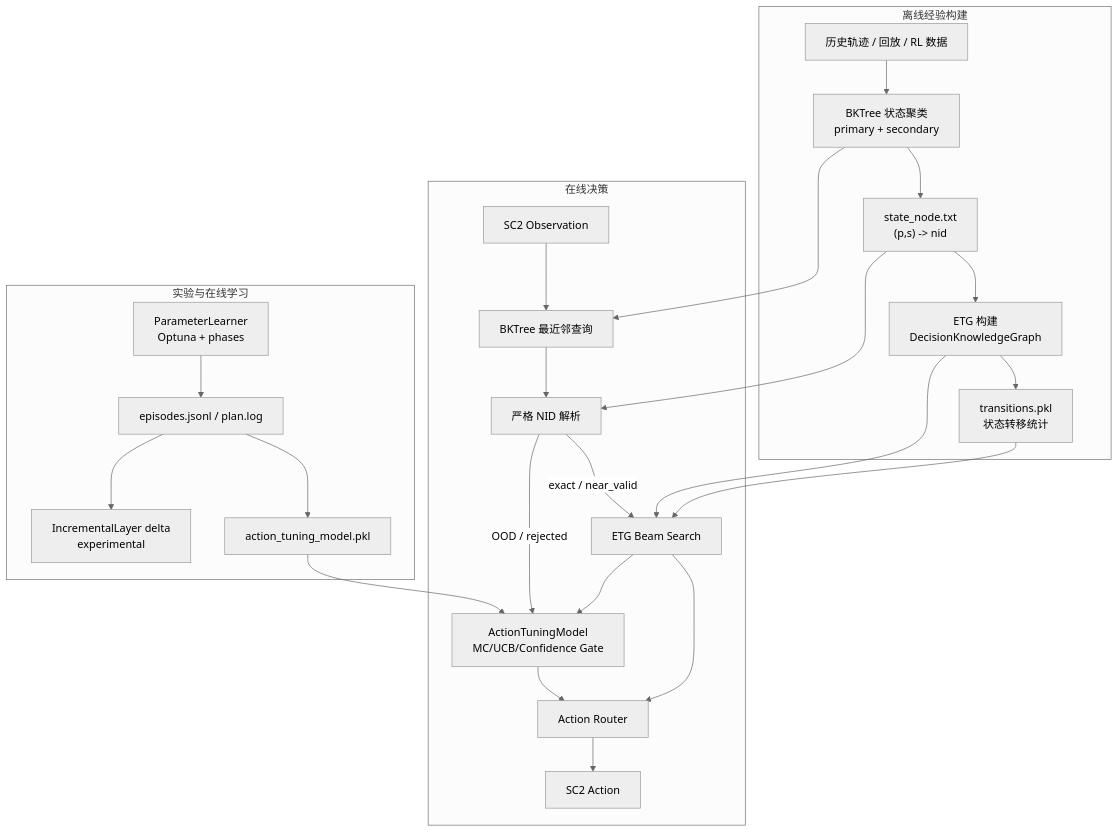
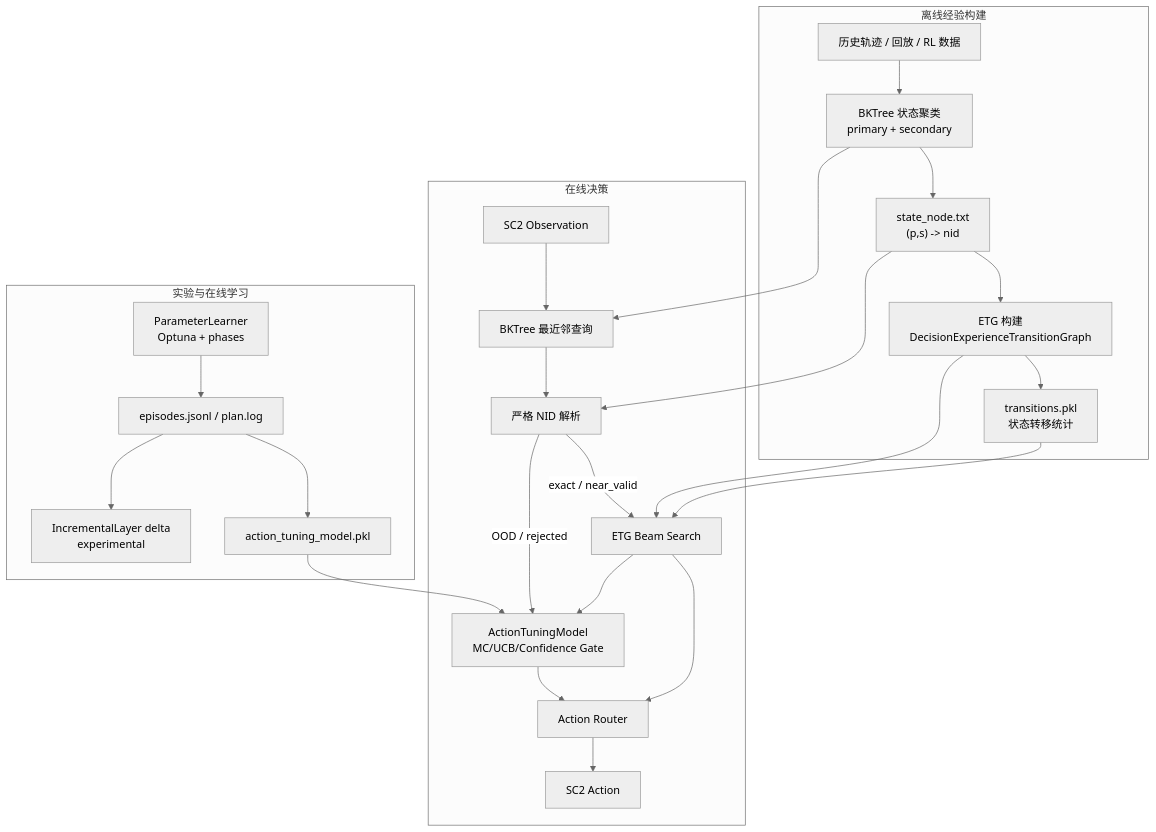
One commit to BaiChunhui-9803/SAGE changed the diagram in ARCHITECTURE.md. Above: the diagram before and after it, drawn with Mermaid (neutral theme). The commit also changed other lines of this file and 151 other files, not shown here.

Commit message:
refactor: rename knowledge graph components to ETG

````diff
--- a/ARCHITECTURE.md
+++ b/ARCHITECTURE.md
@@ -118,42 +118,42 @@
 ```mermaid
 flowchart TB
     subgraph Offline["离线经验构建"]
         A["历史轨迹 / 回放 / RL 数据"]
         B["BKTree 状态聚类<br/>primary + secondary"]
         C["state_node.txt<br/>(p,s) -> nid"]
-        D["ETG 构建<br/>DecisionKnowledgeGraph"]
+        D["ETG 构建<br/>DecisionExperienceTransitionGraph"]
         E["transitions.pkl<br/>状态转移统计"]
         A --> B --> C --> D --> E
     end
 
     subgraph Runtime["在线决策"]
         O["SC2 Observation"]
         Q["BKTree 最近邻查询"]
         R["严格 NID 解析"]
         P["ETG Beam Search"]
         T["ActionTuningModel<br/>MC/UCB/Confidence Gate"]
         G["Action Router"]
         X["SC2 Action"]
         O --> Q --> R
         R -->|exact / near_valid| P --> G
         R -->|OOD / rejected| T --> G
         P --> T
         G --> X
     end
 
     subgraph Learning["实验与在线学习"]
         L["ParameterLearner<br/>Optuna + phases"]
         M["episodes.jsonl / plan.log"]
         N["action_tuning_model.pkl"]
         I["IncrementalLayer delta<br/>experimental"]
         L --> M
         M --> N
         M --> I
     end
 
     D --> P
     E --> P
     B --> Q
     C --> R
     N --> T
 ```
````
